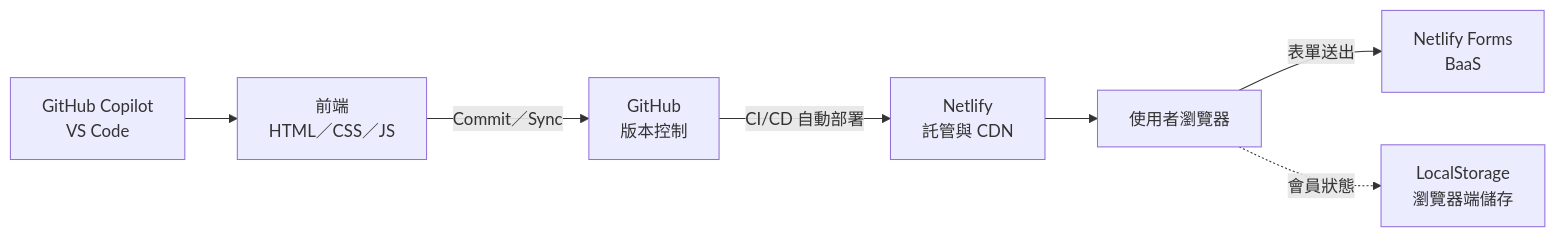
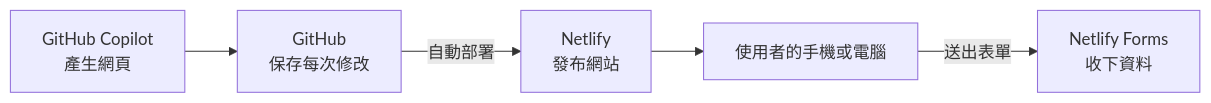
The diagram in docs/pitch_template.md (cychiang-ntpu/VibeNTPU), drawn with Mermaid before and after one commit. The commit also changed other lines of this file and 41 other files, not shown here.

````diff
--- a/docs/pitch_template.md
+++ b/docs/pitch_template.md
@@ -44,9 +42,7 @@
 ```mermaid
 flowchart LR
-    AI["GitHub Copilot<br/>VS Code"] --> F["前端<br/>HTML／CSS／JS"]
-    F -- "Commit／Sync" --> G["GitHub<br/>版本控制"]
-    G -- "CI/CD 自動部署" --> N["Netlify<br/>託管與 CDN"]
-    N --> U["使用者瀏覽器"]
-    U -- "表單送出" --> B["Netlify Forms<br/>BaaS"]
-    U -. "會員狀態" .-> L["LocalStorage<br/>瀏覽器端儲存"]
+    AI["GitHub Copilot<br/>產生網頁"] --> G["GitHub<br/>保存每次修改"]
+    G -- "自動部署" --> N["Netlify<br/>發布網站"]
+    N --> U["使用者的手機或電腦"]
+    U -- "送出表單" --> B["Netlify Forms<br/>收下資料"]
 ```
````
